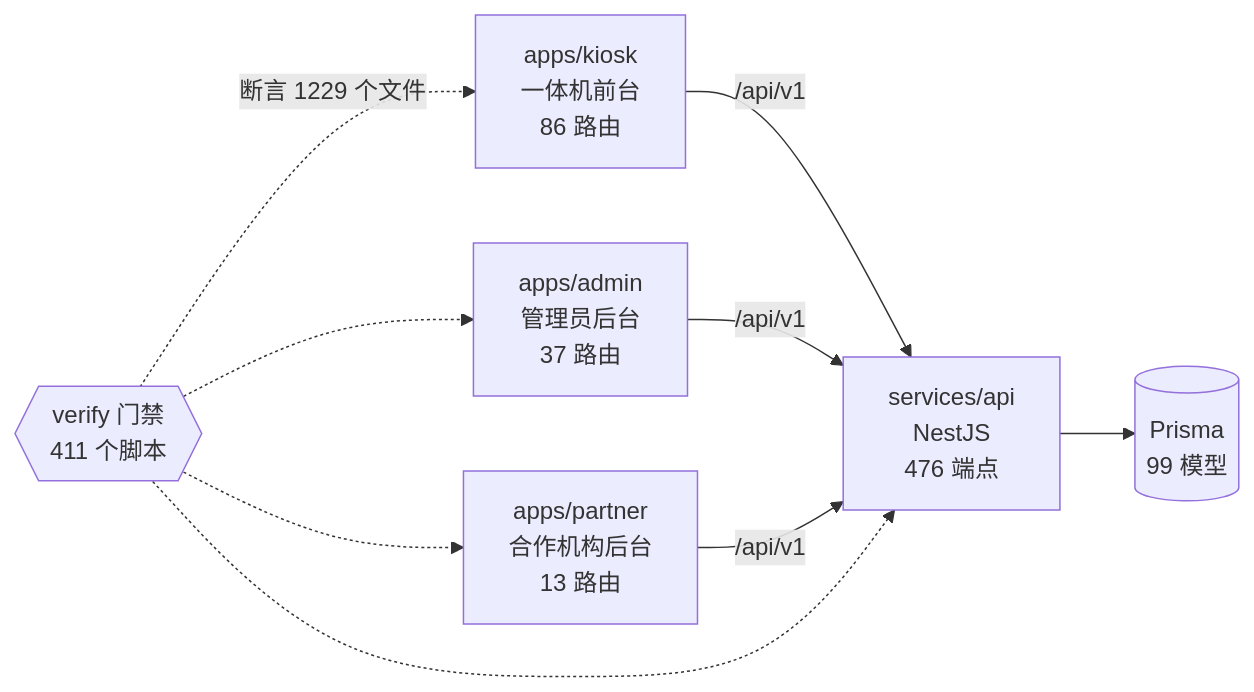
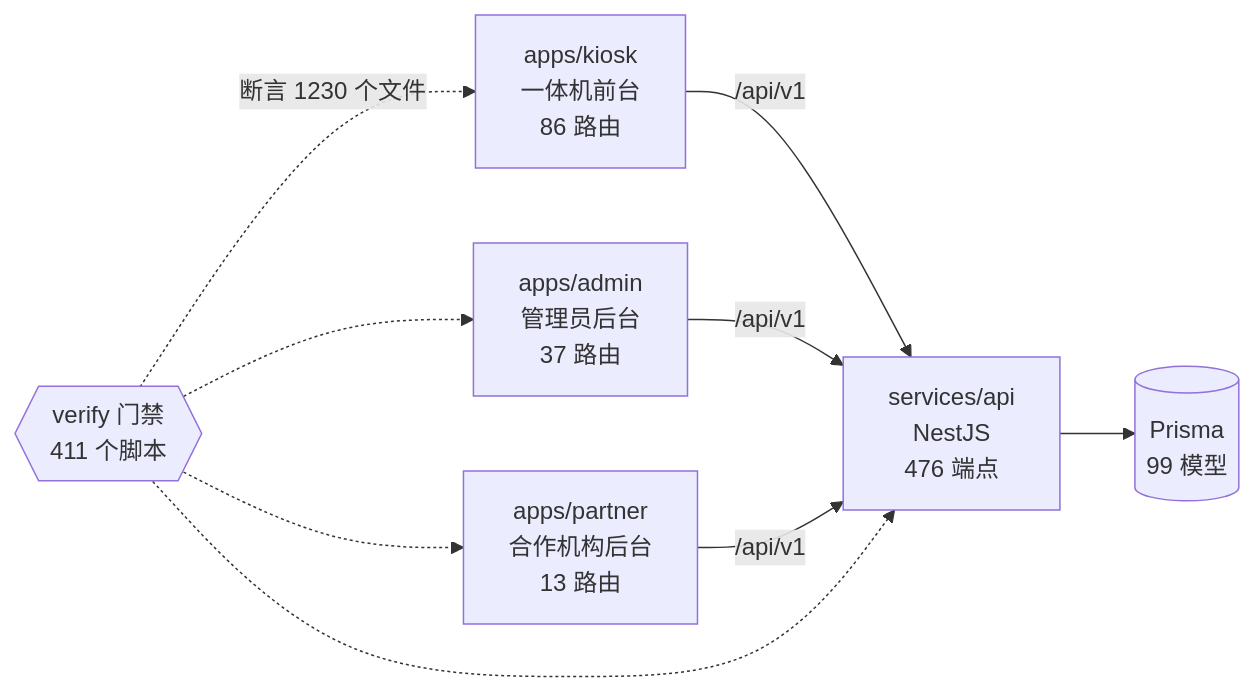
Before and after one commit to wanglei581/YITIJI: the diagram in docs/graph/README.md, drawn with Mermaid. The commit also changed other lines of this file and 11 other files, not shown here.

First line of the commit message:
test(gates): 6 条 newly-visible 门禁 triage 全部还清；修图谱第四个盲区

````diff
--- a/docs/graph/README.md
+++ b/docs/graph/README.md
@@ -68,18 +68,18 @@
 ```mermaid
 flowchart LR
   kiosk["apps/kiosk<br/>一体机前台<br/>86 路由"]
   admin["apps/admin<br/>管理员后台<br/>37 路由"]
   partner["apps/partner<br/>合作机构后台<br/>13 路由"]
   api["services/api<br/>NestJS<br/>476 端点"]
   db[("Prisma<br/>99 模型")]
   gates{{"verify 门禁<br/>411 个脚本"}}
 
   kiosk -->|"/api/v1"| api
   admin -->|"/api/v1"| api
   partner -->|"/api/v1"| api
   api --> db
-  gates -.->|"断言 1229 个文件"| kiosk
+  gates -.->|"断言 1230 个文件"| kiosk
   gates -.-> admin
   gates -.-> partner
   gates -.-> api
 ```
````
